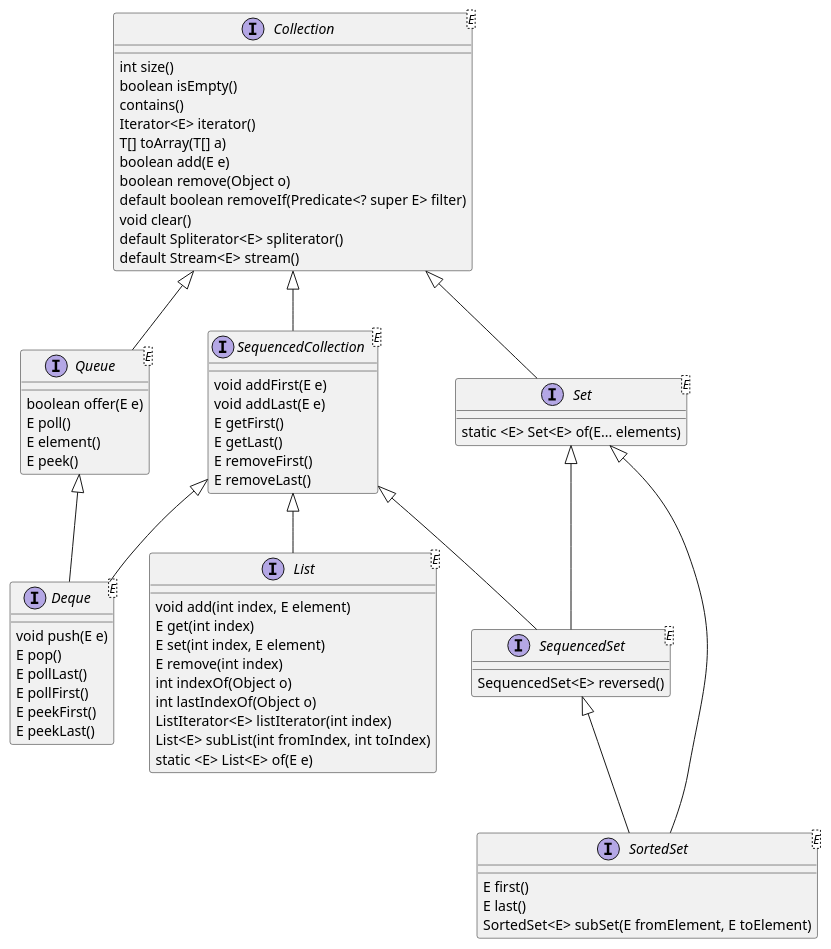
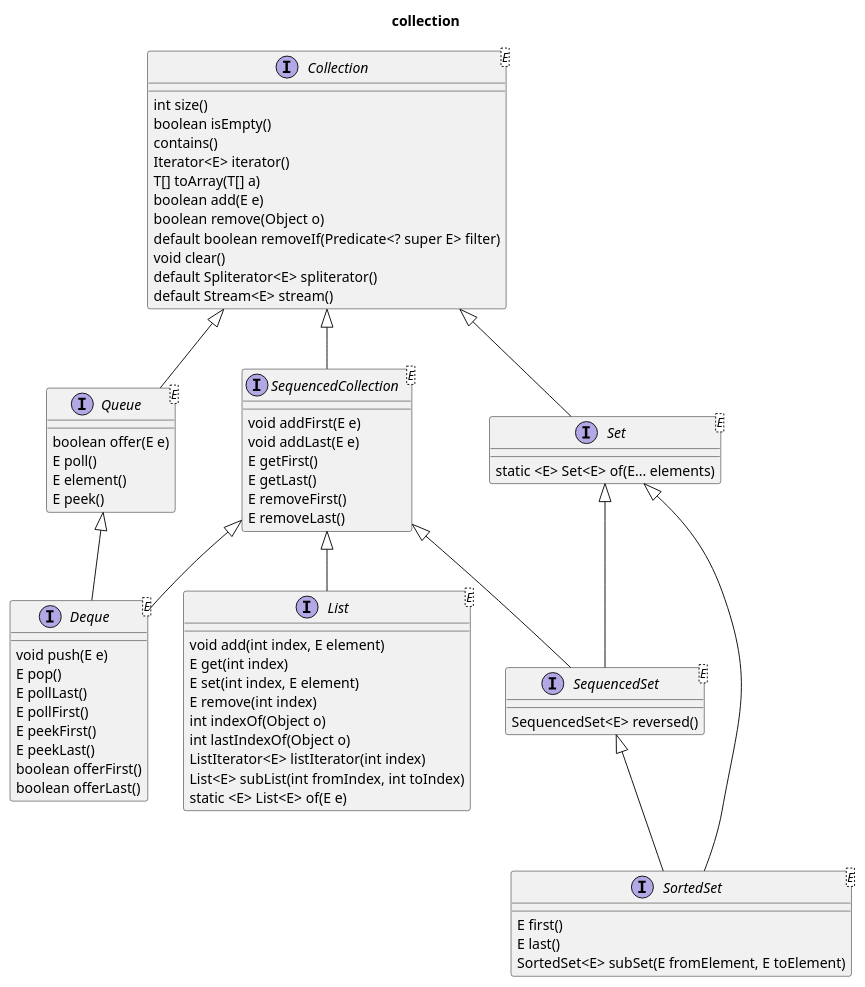
One commit to kevinwang930/kevinwang930.github.io changed the first of 10 diagrams in content/post/java-collections.md. Above: the diagram before and after it, drawn with PlantUML. The commit also changed other lines of this file and 8 other files, not shown here.

````diff
--- a/content/post/java-collections.md
+++ b/content/post/java-collections.md
@@ -40,60 +40,63 @@
 ```plantuml
+title:collection
 interface Collection<E> {
     int size()
     boolean isEmpty()
     contains()
     Iterator<E> iterator()
     T[] toArray(T[] a)
     boolean add(E e)
     boolean remove(Object o)
     default boolean removeIf(Predicate<? super E> filter)
     void clear()
     default Spliterator<E> spliterator()
     default Stream<E> stream()
 }
 interface SequencedCollection<E> extends Collection {
     void addFirst(E e)
     void addLast(E e)
     E getFirst()
     E getLast()
     E removeFirst()
     E removeLast()
 
 }
 interface List<E> extends SequencedCollection {
     void add(int index, E element)
     E get(int index)
     E set(int index, E element)
     E remove(int index)
     int indexOf(Object o)
     int lastIndexOf(Object o)
     ListIterator<E> listIterator(int index)
     List<E> subList(int fromIndex, int toIndex)
     static <E> List<E> of(E e)
 }
 interface Set<E> extends Collection {
     static <E> Set<E> of(E... elements)
 }
 interface SequencedSet<E> extends SequencedCollection, Set {
     SequencedSet<E> reversed()
 }
 interface SortedSet<E> extends Set, SequencedSet {
     E first()
     E last()
     SortedSet<E> subSet(E fromElement, E toElement)
 }
 interface Queue<E> extends Collection {
     boolean offer(E e)
     E poll()
     E element()
     E peek()
 }
 interface Deque<E> extends Queue, SequencedCollection {
     void push(E e)
     E pop()
     E pollLast()
     E pollFirst()
     E peekFirst()
     E peekLast()
+    boolean offerFirst()
+    boolean offerLast()
 }
 ```
````
